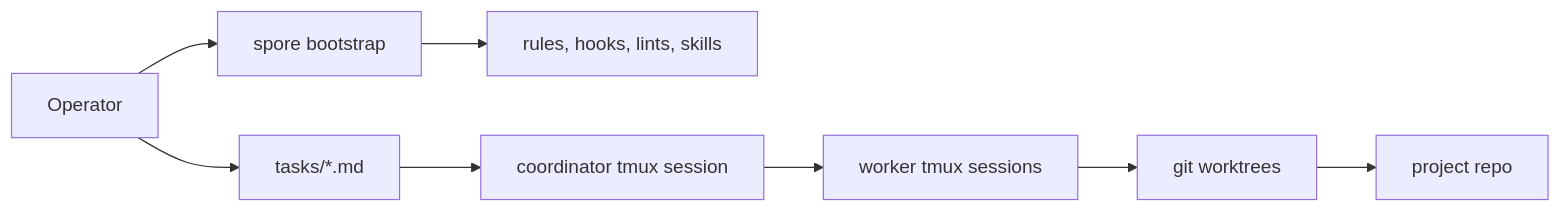
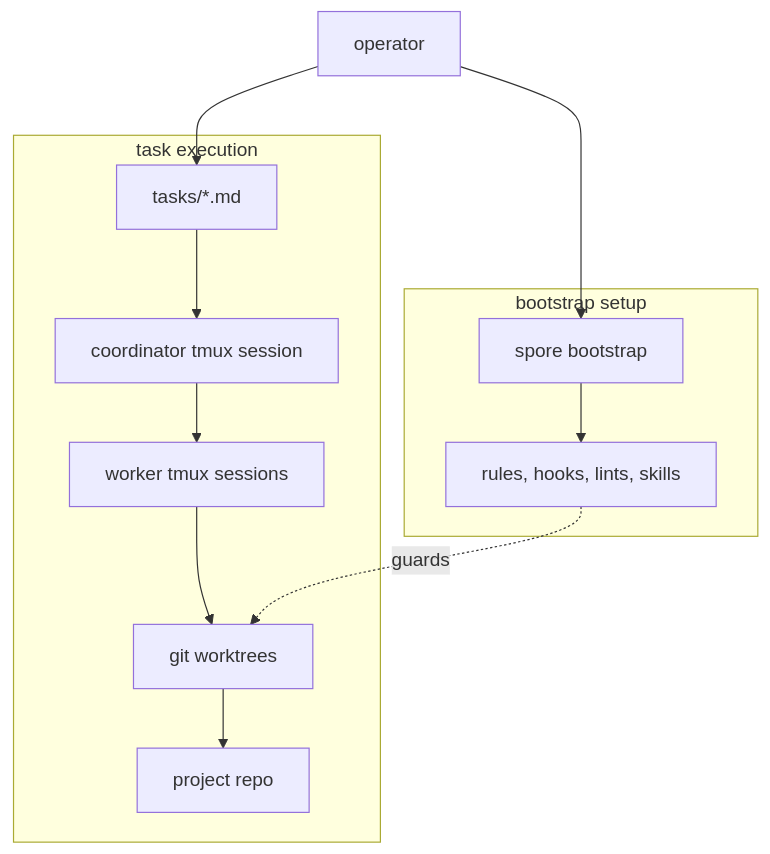
Before and after one commit to marketertechnologies/spore: the diagram in README.md, drawn with Mermaid.

Commit message:
spore-readme-diagram-vertical: Make Spore README diagram vertical
Squashed rower branch for clean main history.

Task: spore-readme-diagram-vertical
Agent: codex

````diff
--- a/README.md
+++ b/README.md
@@ -155,10 +155,23 @@
 ```mermaid
-flowchart LR
-    Operator --> Bootstrap["spore bootstrap"]
-    Bootstrap --> Harness["rules, hooks, lints, skills"]
-    Operator --> Tasks["tasks/*.md"]
-    Tasks --> Coordinator["coordinator tmux session"]
-    Coordinator --> Workers["worker tmux sessions"]
-    Workers --> Worktrees["git worktrees"]
-    Worktrees --> Project["project repo"]
+flowchart TD
+    Operator["operator"]
+
+    subgraph Setup["bootstrap setup"]
+        Bootstrap["spore bootstrap"]
+        Harness["rules, hooks, lints, skills"]
+        Bootstrap --> Harness
+    end
+
+    subgraph Execution["task execution"]
+        Tasks["tasks/*.md"]
+        Coordinator["coordinator tmux session"]
+        Workers["worker tmux sessions"]
+        Worktrees["git worktrees"]
+        Project["project repo"]
+        Tasks --> Coordinator --> Workers --> Worktrees --> Project
+    end
+
+    Operator --> Bootstrap
+    Operator --> Tasks
+    Harness -.->|guards| Worktrees
 ```
````
